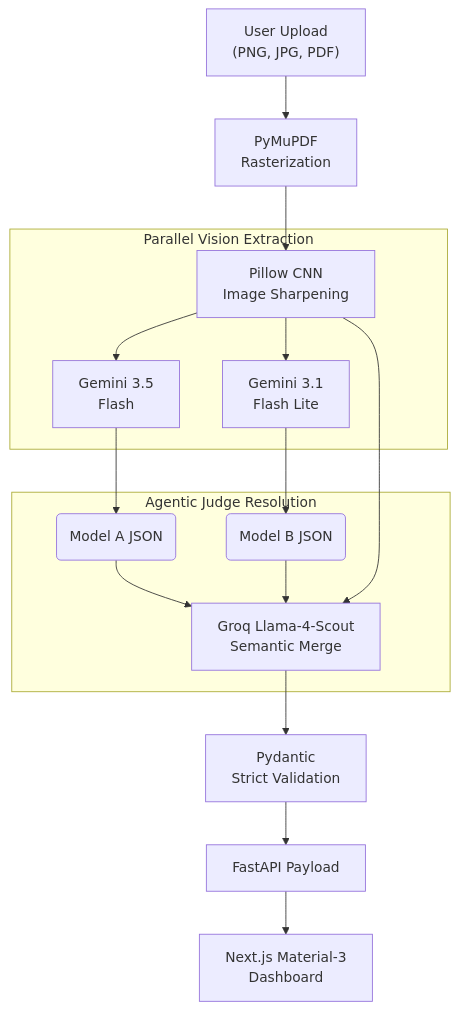
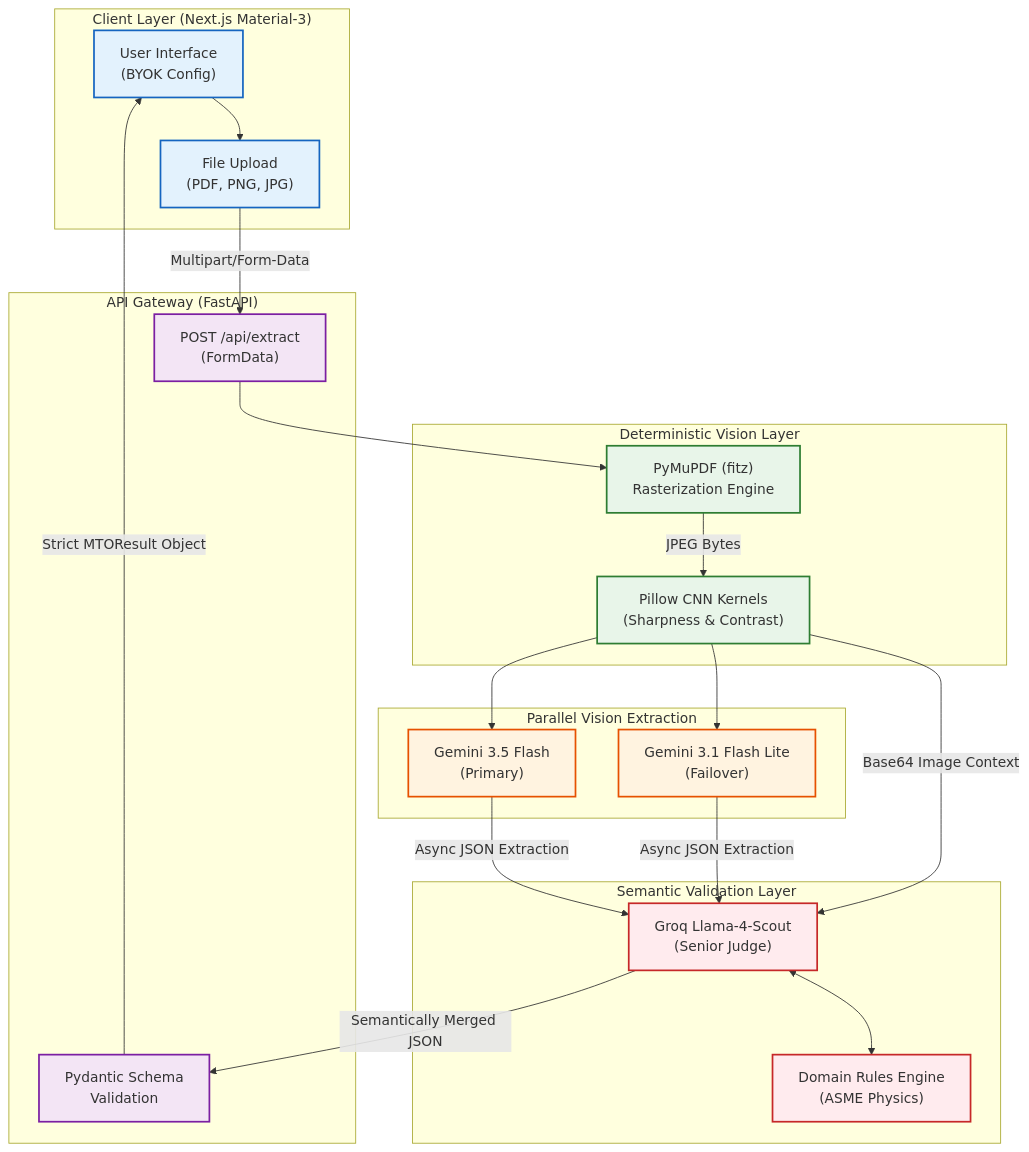
The diagram in README.md (wizardwithcodehazard/IsoArch), drawn with Mermaid before and after one commit. The commit also changed other lines of this file, not shown here.

Commit message:
Fixed Readmev2

````diff
--- a/README.md
+++ b/README.md
@@ -11,23 +11,56 @@
 ```mermaid
 graph TD
-    A["User Upload <br>(PNG, JPG, PDF)"] --> B["PyMuPDF <br> Rasterization"]
-    B --> C["Pillow CNN <br> Image Sharpening"]
+    %% Styling
+    classDef client fill:#e3f2fd,stroke:#1565c0,stroke-width:2px;
+    classDef api fill:#f3e5f5,stroke:#7b1fa2,stroke-width:2px;
+    classDef cv fill:#e8f5e9,stroke:#2e7d32,stroke-width:2px;
+    classDef ai fill:#fff3e0,stroke:#e65100,stroke-width:2px;
+    classDef judge fill:#ffebee,stroke:#c62828,stroke-width:2px;
+    classDef output fill:#eceff1,stroke:#455a64,stroke-width:2px;
+
+    %% Frontend Boundary
+    subgraph "Client Layer (Next.js Material-3)"
+        UI["User Interface <br> (BYOK Config)"]:::client
+        Upload["File Upload <br> (PDF, PNG, JPG)"]:::client
+    end
+
+    %% Backend Boundary
+    subgraph "API Gateway (FastAPI)"
+        Router["POST /api/extract <br> (FormData)"]:::api
+        PydanticValidator["Pydantic Schema <br> Validation"]:::api
+    end
+
+    %% Computer Vision Pre-Processing
+    subgraph "Deterministic Vision Layer"
+        PDF["PyMuPDF (fitz) <br> Rasterization Engine"]:::cv
+        CNN["Pillow CNN Kernels <br> (Sharpness & Contrast)"]:::cv
+    end
+
+    %% Ensemble Execution
+    subgraph "Parallel Vision Extraction"
+        Gemini35["Gemini 3.5 Flash <br> (Primary)"]:::ai
+        Gemini31["Gemini 3.1 Flash Lite <br> (Failover)"]:::ai
+    end
+
+    %% Agentic Resolution
+    subgraph "Semantic Validation Layer"
+        Groq["Groq Llama-4-Scout <br> (Senior Judge)"]:::judge
+        DomainRules["Domain Rules Engine <br> (ASME Physics)"]:::judge
+    end
+
+    %% Data Flow
+    UI --> Upload
+    Upload -- "Multipart/Form-Data" --> Router
+    Router --> PDF
+    PDF -- "JPEG Bytes" --> CNN
+    CNN --> Gemini35
+    CNN --> Gemini31
     
-    subgraph "Parallel Vision Extraction"
-        C --> D["Gemini 3.5 <br> Flash"]
-        C --> E["Gemini 3.1 <br> Flash Lite"]
-    end
+    Gemini35 -- "Async JSON Extraction" --> Groq
+    Gemini31 -- "Async JSON Extraction" --> Groq
+    CNN -- "Base64 Image Context" --> Groq
     
-    D --> F("Model A JSON")
-    E --> G("Model B JSON")
-    
-    subgraph "Agentic Judge Resolution"
-        F --> H["Groq Llama-4-Scout <br> Semantic Merge"]
-        G --> H
-        C --> H
-    end
-    
-    H --> I["Pydantic <br> Strict Validation"]
-    I --> J["FastAPI Payload"]
-    J --> K["Next.js Material-3 <br> Dashboard"]
+    Groq <--> DomainRules
+    Groq -- "Semantically Merged JSON" --> PydanticValidator
+    PydanticValidator -- "Strict MTOResult Object" --> UI
 ```
````
